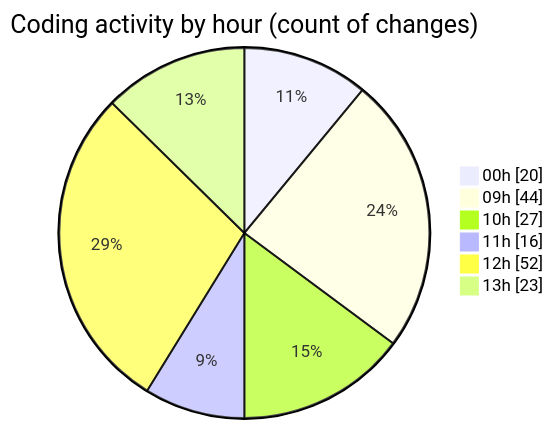
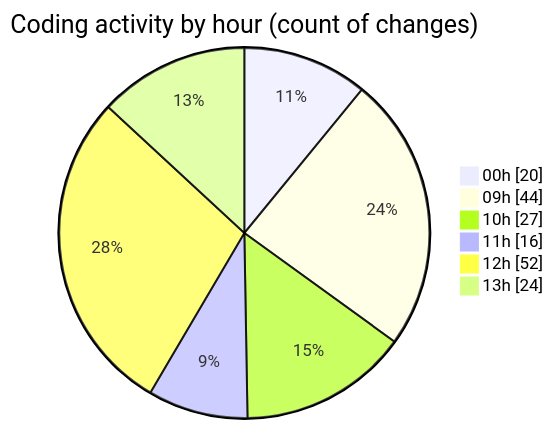
One commit to momahboobian/code-tracking changed the second of 2 diagrams in 2025-03-19/cda/README.md. Above: the diagram before and after it, drawn with Mermaid. The commit also changed other lines of this file and 1 other file, not shown here.

````diff
--- a/2025-03-19/cda/README.md
+++ b/2025-03-19/cda/README.md
@@ -32,10 +32,10 @@
 ```mermaid
 pie showData
 title Coding activity by hour (count of changes)
 "00h" : 20
 "09h" : 44
 "10h" : 27
 "11h" : 16
 "12h" : 52
-"13h" : 23
+"13h" : 24
 ```
````
